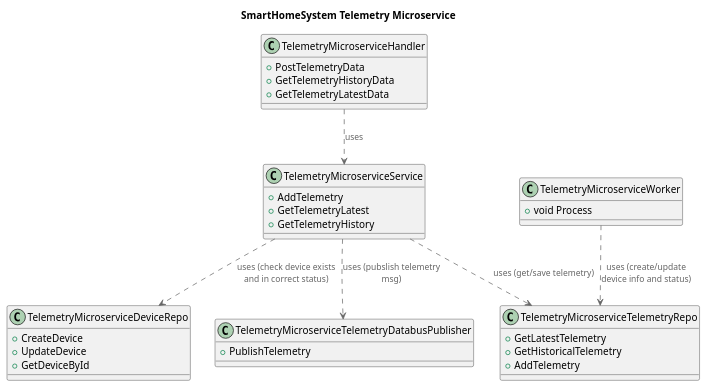
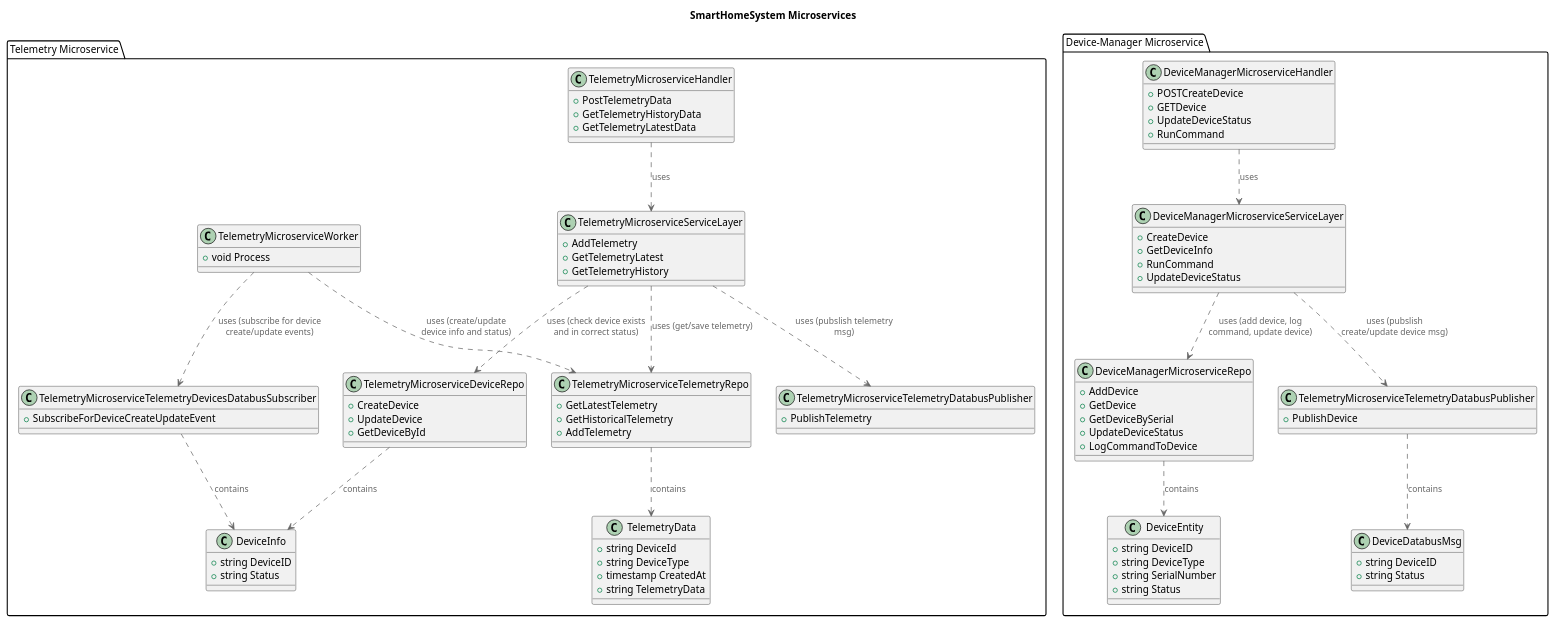
One commit to misikch/ya-practicum-arch-sprint-3 changed the diagram in docs/tobe/Code.puml. Above: the diagram before and after it, drawn with PlantUML. The commit also changed 2 other files, not shown here.

```diff
--- a/docs/tobe/Code.puml
+++ b/docs/tobe/Code.puml
@@ -1,48 +1,119 @@
 @startuml
-title SmartHomeSystem Telemetry Microservice
+title SmartHomeSystem Microservices
 
 top to bottom direction
 
 !include ./C4_Component.puml
 
-class TelemetryMicroserviceHandler {
-  +PostTelemetryData
-  +GetTelemetryHistoryData
-  +GetTelemetryLatestData
+package "Telemetry Microservice" {
+    class TelemetryMicroserviceHandler {
+      +PostTelemetryData
+      +GetTelemetryHistoryData
+      +GetTelemetryLatestData
+    }
+
+    class TelemetryMicroserviceServiceLayer {
+      +AddTelemetry
+      +GetTelemetryLatest
+      +GetTelemetryHistory
+    }
+
+    class TelemetryMicroserviceTelemetryRepo{
+      +GetLatestTelemetry
+      +GetHistoricalTelemetry
+      +AddTelemetry
+    }
+
+    class TelemetryMicroserviceDeviceRepo{
+      +CreateDevice
+      +UpdateDevice
+      +GetDeviceById
+    }
+
+    class TelemetryMicroserviceWorker {
+      +void Process
+    }
+
+    class TelemetryMicroserviceTelemetryDatabusPublisher {
+        + PublishTelemetry
+    }
+
+    class TelemetryMicroserviceTelemetryDevicesDatabusSubscriber {
+        + SubscribeForDeviceCreateUpdateEvent
+    }
+
+    TelemetryMicroserviceHandler ..> TelemetryMicroserviceServiceLayer : uses
+    TelemetryMicroserviceServiceLayer ..> TelemetryMicroserviceTelemetryRepo : uses (get/save telemetry)
+    TelemetryMicroserviceServiceLayer ..> TelemetryMicroserviceDeviceRepo : uses (check device exists and in correct status)
+    TelemetryMicroserviceServiceLayer ..> TelemetryMicroserviceTelemetryDatabusPublisher : uses (pubslish telemetry msg)
+
+    TelemetryMicroserviceWorker ..> TelemetryMicroserviceTelemetryRepo : uses (create/update device info and status)
+    TelemetryMicroserviceWorker ..> TelemetryMicroserviceTelemetryDevicesDatabusSubscriber : uses (subscribe for device create/update events)
+
+    class DeviceInfo {
+        +string DeviceID
+        +string Status
+    }
+
+    class TelemetryData {
+    	+string DeviceId
+    	+string DeviceType
+    	+timestamp CreatedAt
+    	+string TelemetryData
+    }
+
+    TelemetryMicroserviceTelemetryDevicesDatabusSubscriber ..> DeviceInfo : contains
+    TelemetryMicroserviceTelemetryRepo ..> TelemetryData : contains
+    TelemetryMicroserviceDeviceRepo ..> DeviceInfo : contains
 }
 
-class TelemetryMicroserviceService {
-  +AddTelemetry
-  +GetTelemetryLatest
-  +GetTelemetryHistory
+
+package "Device-Manager Microservice" {
+    class DeviceManagerMicroserviceHandler {
+      +POSTCreateDevice
+      +GETDevice
+      +UpdateDeviceStatus
+      +RunCommand
+    }
+
+    class DeviceManagerMicroserviceServiceLayer {
+      +CreateDevice
+      +GetDeviceInfo
+      +RunCommand
+      +UpdateDeviceStatus
+    }
+
+    class DeviceManagerMicroserviceRepo{
+      +AddDevice
+      +GetDevice
+      +GetDeviceBySerial
+      +UpdateDeviceStatus
+      +LogCommandToDevice
+    }
+
+    class TelemetryMicroserviceTelemetryDatabusPublisher {
+        + PublishDevice
+    }
+
+    DeviceManagerMicroserviceHandler ..> DeviceManagerMicroserviceServiceLayer : uses
+    DeviceManagerMicroserviceServiceLayer ..> DeviceManagerMicroserviceRepo : uses (add device, log command, update device)
+    DeviceManagerMicroserviceServiceLayer ..> TelemetryMicroserviceTelemetryDatabusPublisher : uses (pubslish create/update device msg)
+
+    class DeviceEntity {
+      +string DeviceID
+      +string DeviceType
+      +string SerialNumber
+      +string Status
+    }
+
+    class DeviceDatabusMsg {
+        +string DeviceID
+        +string Status
+    }
+
+    DeviceManagerMicroserviceRepo ..> DeviceEntity : contains
+    TelemetryMicroserviceTelemetryDatabusPublisher ..> DeviceDatabusMsg : contains
 }
-
-class TelemetryMicroserviceTelemetryRepo{
-  +GetLatestTelemetry
-  +GetHistoricalTelemetry
-  +AddTelemetry
-}
-
-class TelemetryMicroserviceDeviceRepo{
-  +CreateDevice
-  +UpdateDevice
-  +GetDeviceById
-}
-
-class TelemetryMicroserviceWorker {
-  +void Process
-}
-
-class TelemetryMicroserviceTelemetryDatabusPublisher {
-    + PublishTelemetry
-}
-
-TelemetryMicroserviceHandler ..> TelemetryMicroserviceService : uses
-TelemetryMicroserviceService ..> TelemetryMicroserviceTelemetryRepo : uses (get/save telemetry)
-TelemetryMicroserviceService ..> TelemetryMicroserviceDeviceRepo : uses (check device exists and in correct status)
-TelemetryMicroserviceService ..> TelemetryMicroserviceTelemetryDatabusPublisher : uses (pubslish telemetry msg)
-
-TelemetryMicroserviceWorker ..> TelemetryMicroserviceTelemetryRepo : uses (create/update device info and status)
 
 
 @enduml
```
